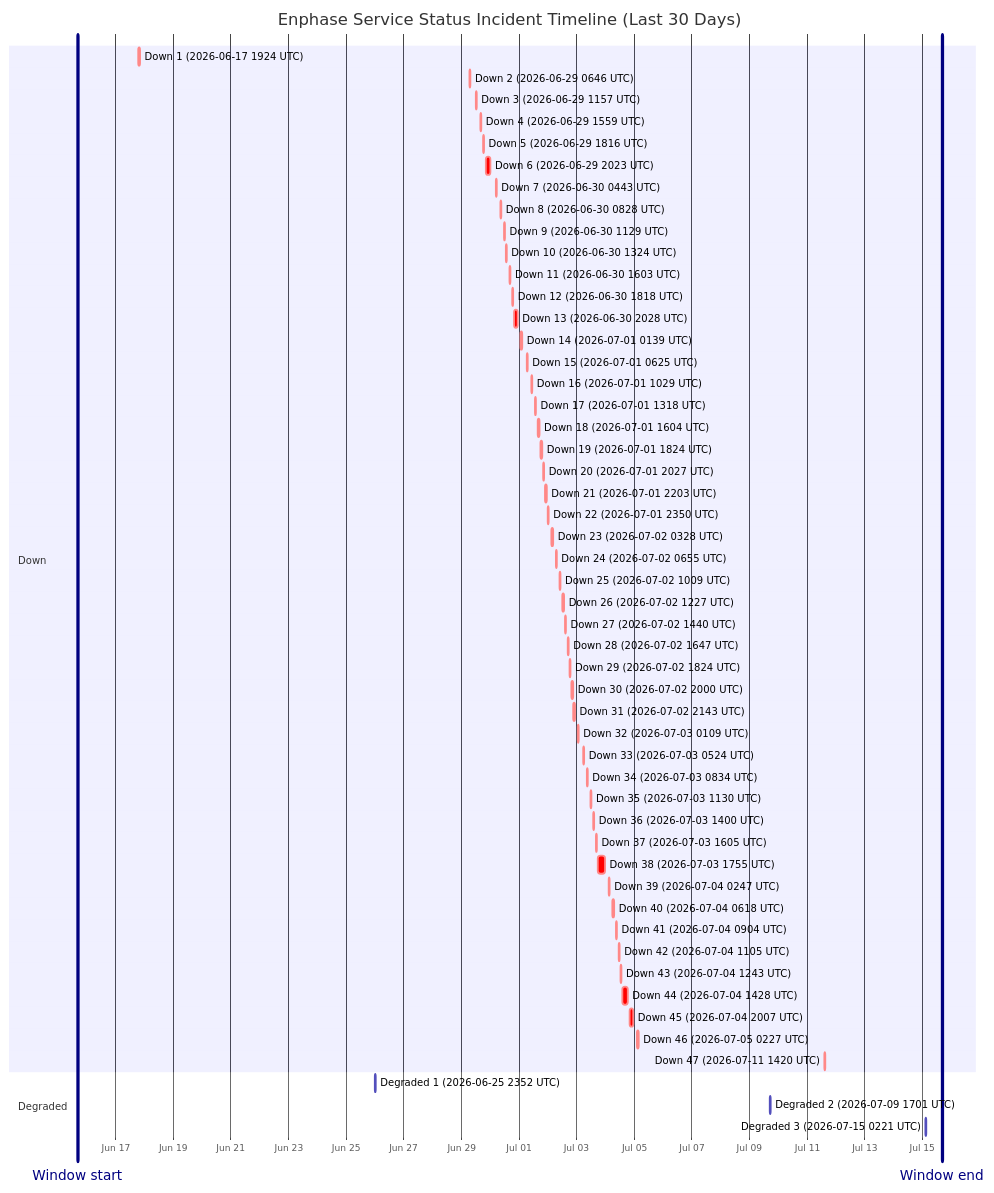
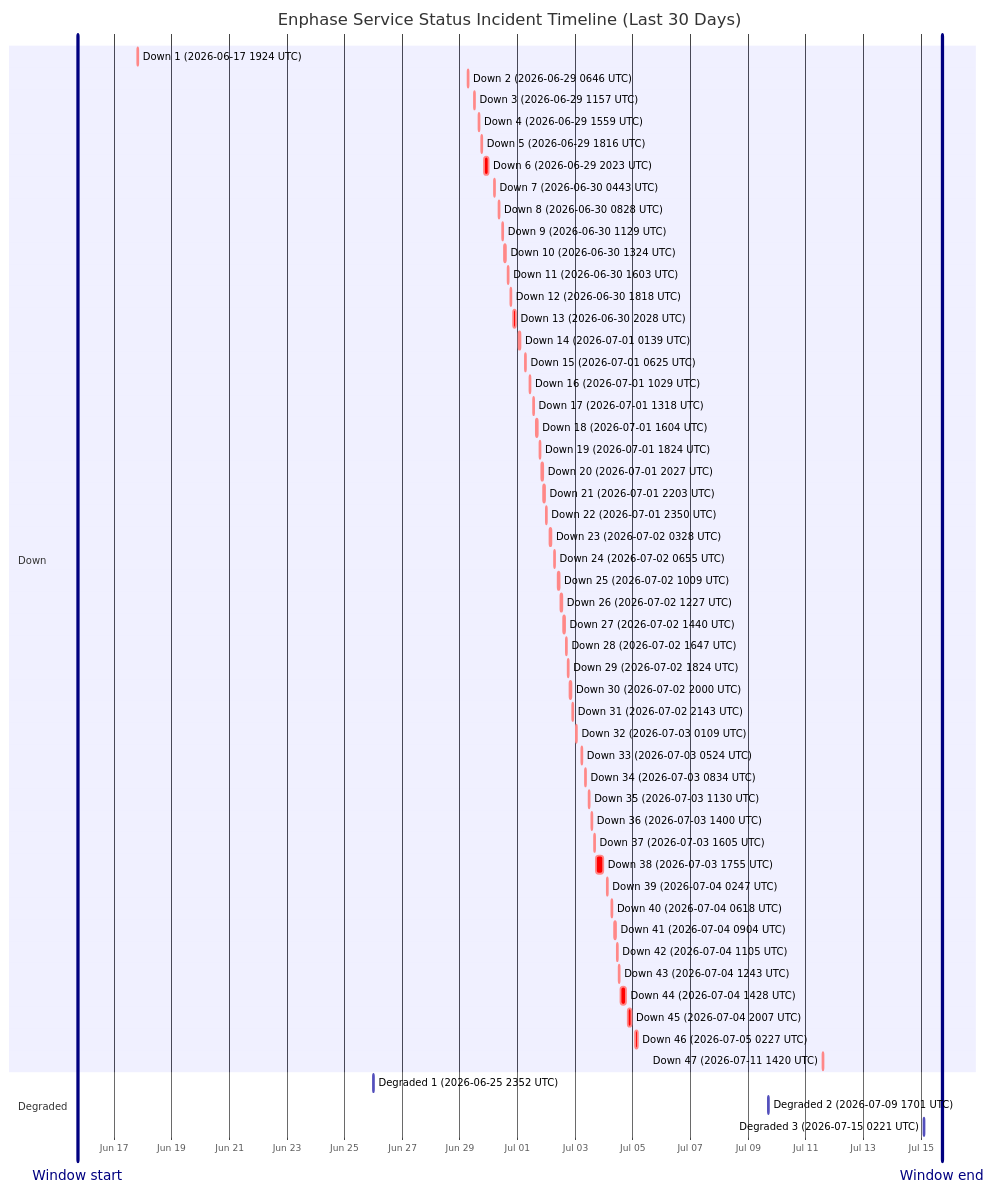
Before and after one commit to barneyonline/ha-enphase-energy: the diagram in wiki/Service-Status-History.md, drawn with Mermaid. The commit also changed other lines of this file and 3 other files, not shown here.

````diff
--- a/wiki/Service-Status-History.md
+++ b/wiki/Service-Status-History.md
@@ -14,60 +14,60 @@
 ```mermaid
 gantt
     title Enphase Service Status Incident Timeline (Last 30 Days)
     dateFormat  YYYY-MM-DDTHH:mm:ss
     axisFormat  %b %d
-    Window start :vert, window-start, 2026-06-15T16:20:31, 0ms
-    Window end :vert, window-end, 2026-07-15T16:20:31, 0ms
+    Window start :vert, window-start, 2026-06-15T17:46:17, 0ms
+    Window end :vert, window-end, 2026-07-15T17:46:17, 0ms
     section Down
     Down 1 (2026-06-17 1924 UTC) :crit, down-1, 2026-06-17T19:24:51, 60m
     Down 2 (2026-06-29 0646 UTC) :crit, down-2, 2026-06-29T06:46:18, 60m
     Down 3 (2026-06-29 1157 UTC) :crit, down-3, 2026-06-29T11:57:36, 60m
     Down 4 (2026-06-29 1559 UTC) :crit, down-4, 2026-06-29T15:59:02, 60m
     Down 5 (2026-06-29 1816 UTC) :crit, down-5, 2026-06-29T18:16:38, 60m
     Down 6 (2026-06-29 2023 UTC) :crit, down-6, 2026-06-29T20:23:16, 220m
     Down 7 (2026-06-30 0443 UTC) :crit, down-7, 2026-06-30T04:43:54, 60m
     Down 8 (2026-06-30 0828 UTC) :crit, down-8, 2026-06-30T08:28:43, 60m
     Down 9 (2026-06-30 1129 UTC) :crit, down-9, 2026-06-30T11:29:15, 60m
     Down 10 (2026-06-30 1324 UTC) :crit, down-10, 2026-06-30T13:24:25, 60m
     Down 11 (2026-06-30 1603 UTC) :crit, down-11, 2026-06-30T16:03:26, 60m
     Down 12 (2026-06-30 1818 UTC) :crit, down-12, 2026-06-30T18:18:39, 60m
     Down 13 (2026-06-30 2028 UTC) :crit, down-13, 2026-06-30T20:28:54, 171m
     Down 14 (2026-07-01 0139 UTC) :crit, down-14, 2026-07-01T01:39:18, 60m
     Down 15 (2026-07-01 0625 UTC) :crit, down-15, 2026-07-01T06:25:35, 60m
     Down 16 (2026-07-01 1029 UTC) :crit, down-16, 2026-07-01T10:29:24, 60m
     Down 17 (2026-07-01 1318 UTC) :crit, down-17, 2026-07-01T13:18:31, 60m
     Down 18 (2026-07-01 1604 UTC) :crit, down-18, 2026-07-01T16:04:29, 60m
     Down 19 (2026-07-01 1824 UTC) :crit, down-19, 2026-07-01T18:24:21, 60m
     Down 20 (2026-07-01 2027 UTC) :crit, down-20, 2026-07-01T20:27:17, 60m
     Down 21 (2026-07-01 2203 UTC) :crit, down-21, 2026-07-01T22:03:46, 60m
     Down 22 (2026-07-01 2350 UTC) :crit, down-22, 2026-07-01T23:50:52, 60m
     Down 23 (2026-07-02 0328 UTC) :crit, down-23, 2026-07-02T03:28:33, 60m
     Down 24 (2026-07-02 0655 UTC) :crit, down-24, 2026-07-02T06:55:07, 60m
     Down 25 (2026-07-02 1009 UTC) :crit, down-25, 2026-07-02T10:09:15, 60m
     Down 26 (2026-07-02 1227 UTC) :crit, down-26, 2026-07-02T12:27:49, 60m
     Down 27 (2026-07-02 1440 UTC) :crit, down-27, 2026-07-02T14:40:53, 60m
     Down 28 (2026-07-02 1647 UTC) :crit, down-28, 2026-07-02T16:47:47, 60m
     Down 29 (2026-07-02 1824 UTC) :crit, down-29, 2026-07-02T18:24:26, 60m
     Down 30 (2026-07-02 2000 UTC) :crit, down-30, 2026-07-02T20:00:57, 60m
     Down 31 (2026-07-02 2143 UTC) :crit, down-31, 2026-07-02T21:43:52, 80m
     Down 32 (2026-07-03 0109 UTC) :crit, down-32, 2026-07-03T01:09:19, 60m
     Down 33 (2026-07-03 0524 UTC) :crit, down-33, 2026-07-03T05:24:23, 60m
     Down 34 (2026-07-03 0834 UTC) :crit, down-34, 2026-07-03T08:34:05, 60m
     Down 35 (2026-07-03 1130 UTC) :crit, down-35, 2026-07-03T11:30:41, 60m
     Down 36 (2026-07-03 1400 UTC) :crit, down-36, 2026-07-03T14:00:48, 60m
     Down 37 (2026-07-03 1605 UTC) :crit, down-37, 2026-07-03T16:05:49, 60m
     Down 38 (2026-07-03 1755 UTC) :crit, down-38, 2026-07-03T17:55:54, 338m
     Down 39 (2026-07-04 0247 UTC) :crit, down-39, 2026-07-04T02:47:22, 60m
     Down 40 (2026-07-04 0618 UTC) :crit, down-40, 2026-07-04T06:18:09, 60m
     Down 41 (2026-07-04 0904 UTC) :crit, down-41, 2026-07-04T09:04:41, 60m
     Down 42 (2026-07-04 1105 UTC) :crit, down-42, 2026-07-04T11:05:21, 60m
     Down 43 (2026-07-04 1243 UTC) :crit, down-43, 2026-07-04T12:43:25, 60m
     Down 44 (2026-07-04 1428 UTC) :crit, down-44, 2026-07-04T14:28:07, 243m
     Down 45 (2026-07-04 2007 UTC) :crit, down-45, 2026-07-04T20:07:50, 206m
     Down 46 (2026-07-05 0227 UTC) :crit, down-46, 2026-07-05T02:27:32, 109m
     Down 47 (2026-07-11 1420 UTC) :crit, down-47, 2026-07-11T14:20:54, 69m
     section Degraded
     Degraded 1 (2026-06-25 2352 UTC) :active, degraded-1, 2026-06-25T23:52:01, 60m
     Degraded 2 (2026-07-09 1701 UTC) :active, degraded-2, 2026-07-09T17:01:02, 60m
     Degraded 3 (2026-07-15 0221 UTC) :active, degraded-3, 2026-07-15T02:21:35, 60m
 ```
````
